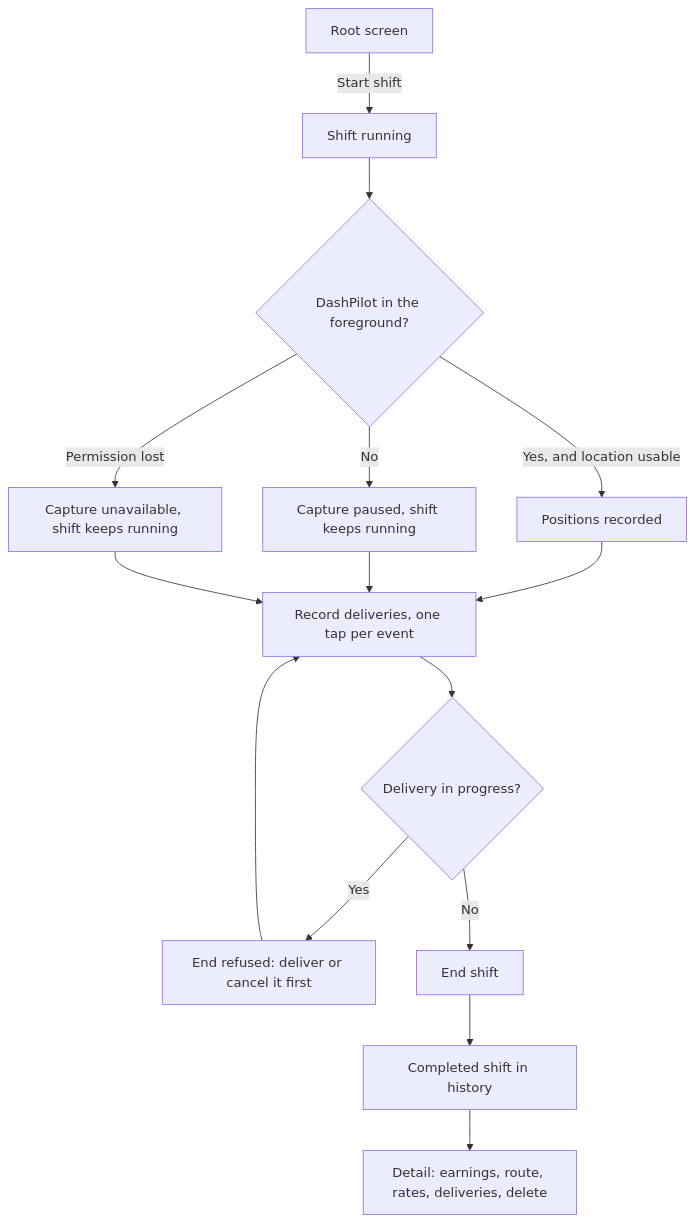
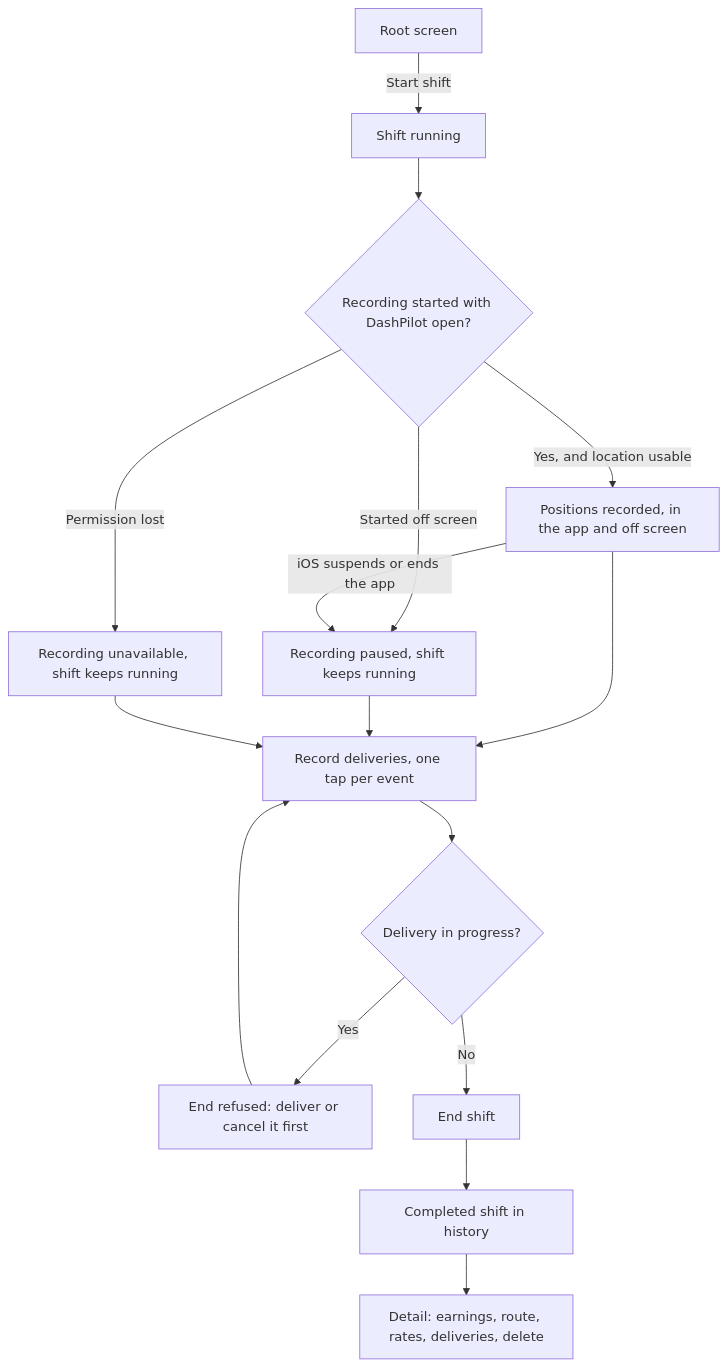
Before and after one commit to quangshuynh/dashpilot: the diagram in docs/product/shift-workflow.md, drawn with Mermaid. The commit also changed other lines of this file and 13 other files, not shown here.

First line of the commit message:
docs: describe recording that continues while DashPilot is off screen

````diff
--- a/docs/product/shift-workflow.md
+++ b/docs/product/shift-workflow.md
@@ -6,17 +6,18 @@
 ```mermaid
 flowchart TD
     A[Root screen] -->|Start shift| B[Shift running]
-    B --> C{DashPilot in the foreground?}
-    C -->|Yes, and location usable| D[Positions recorded]
-    C -->|No| E[Capture paused, shift keeps running]
-    C -->|Permission lost| F[Capture unavailable, shift keeps running]
+    B --> C{Recording started with DashPilot open?}
+    C -->|Yes, and location usable| D[Positions recorded, in the app and off screen]
+    C -->|Started off screen| E[Recording paused, shift keeps running]
+    C -->|Permission lost| F[Recording unavailable, shift keeps running]
+    D -->|iOS suspends or ends the app| E
     D --> J[Record deliveries, one tap per event]
     E --> J
     F --> J
     J --> K{Delivery in progress?}
     K -->|Yes| L[End refused: deliver or cancel it first]
     L --> J
     K -->|No| G[End shift]
     G --> H[Completed shift in history]
     H --> I[Detail: earnings, route, rates, deliveries, delete]
 ```
````
